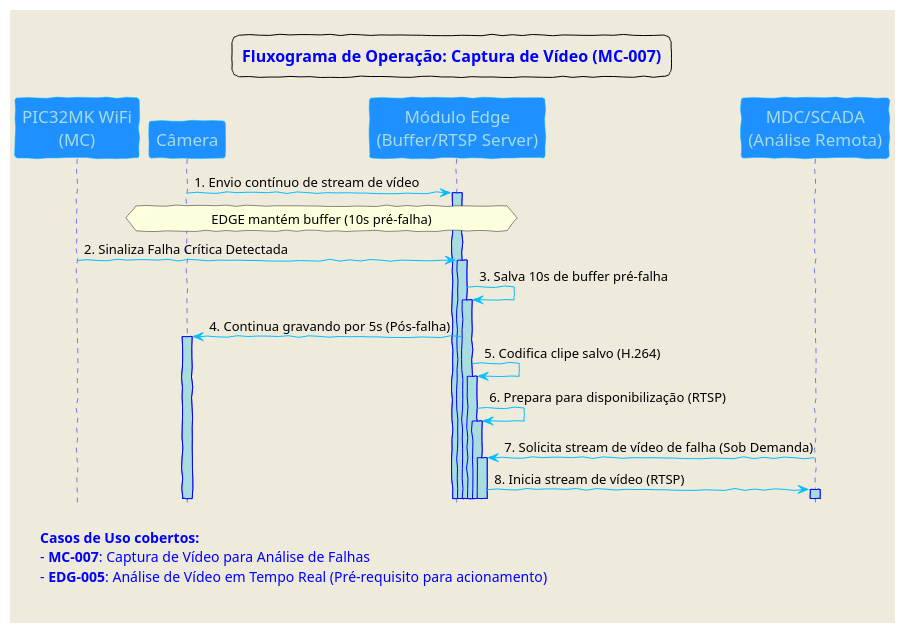
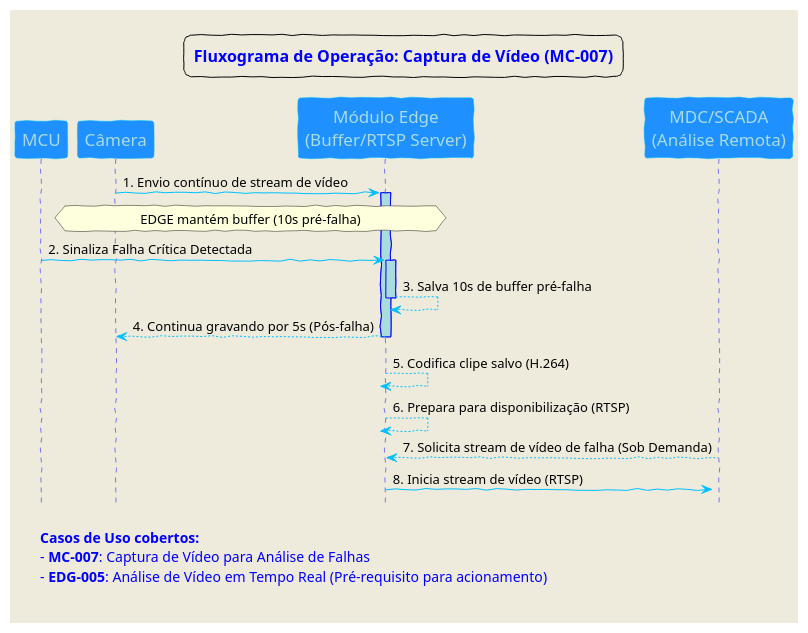
One commit to Embrapac/diagramas changed the diagram in DS-MC-VIDEO-001.puml. Above: the diagram before and after it, drawn with PlantUML. The commit also changed 1 other file, not shown here.

Commit message:
Diagrama de Sequencia Camera

```diff
--- a/DS-MC-VIDEO-001.puml
+++ b/DS-MC-VIDEO-001.puml
@@ -1,72 +1,72 @@
 @startuml
 
 <style>
 footer {
   HorizontalAlignment left
   FontSize 14
   FontColor blue
   FontName Arial
   Margin 20
   Padding 10
 }
 
 legend {
   HorizontalAlignment center
   FontSize 16
   FontColor Blue
   FontName Arial
   Margin 20
   Padding 10
 }
 </style>
 
 
 'Parametros de cor:
 skinparam backgroundColor #EEEBDC
 skinparam handwritten true
 skinparam sequenceArrowColor DeepSkyBlue
 skinparam sequenceActorBorderColor DeepSkyBlue
 skinparam sequenceLifeLineBorderColor blue
 skinparam sequenceLifeLineBackgroundColor #A9DCDF
 skinparam sequenceParticipantBorderColor DeepSkyBlue
 skinparam sequenceParticipantBackgroundColor DodgerBlue
 skinparam sequenceParticipantFontName Impact
 skinparam sequenceParticipantFontSize 17
 skinparam sequenceParticipantFontColor #A9DCDF
 skinparam sequenceActorBackgroundColor aqua
 skinparam sequenceActorFontColor DeepSkyBlue
 skinparam sequenceActorFontSize 17
 skinparam sequenceActorFontName Aapex
 
 autoactivate on
 Hide footbox
 
-participant "PIC32MK WiFi\n(MC)" as MCU
+participant "MCU" as MCU
 participant Câmera
 participant "Módulo Edge\n(Buffer/RTSP Server)" as EDGE
 participant "MDC/SCADA\n(Análise Remota)" as MDC
 
 Câmera -> EDGE : 1. Envio contínuo de stream de vídeo
 hnote over Câmera, EDGE : EDGE mantém buffer (10s pré-falha)
 
 MCU -> EDGE : 2. Sinaliza Falha Crítica Detectada
-EDGE -> EDGE : 3. Salva 10s de buffer pré-falha
-EDGE -> Câmera : 4. Continua gravando por 5s (Pós-falha)
-EDGE -> EDGE : 5. Codifica clipe salvo (H.264)
-EDGE -> EDGE : 6. Prepara para disponibilização (RTSP)
+EDGE --> EDGE : 3. Salva 10s de buffer pré-falha
+EDGE --> Câmera : 4. Continua gravando por 5s (Pós-falha)
+EDGE --> EDGE : 5. Codifica clipe salvo (H.264)
+EDGE --> EDGE : 6. Prepara para disponibilização (RTSP)
 
-MDC -> EDGE : 7. Solicita stream de vídeo de falha (Sob Demanda)
+MDC --> EDGE : 7. Solicita stream de vídeo de falha (Sob Demanda)
 
 EDGE -> MDC : 8. Inicia stream de vídeo (RTSP)
 
 legend top
  **Fluxograma de Operação: Captura de Vídeo (MC-007)**
 end legend
 
 footer
   **Casos de Uso cobertos:**
    - **MC-007**: Captura de Vídeo para Análise de Falhas
    - **EDG-005**: Análise de Vídeo em Tempo Real (Pré-requisito para acionamento)
 end footer  
 
 @enduml
```
